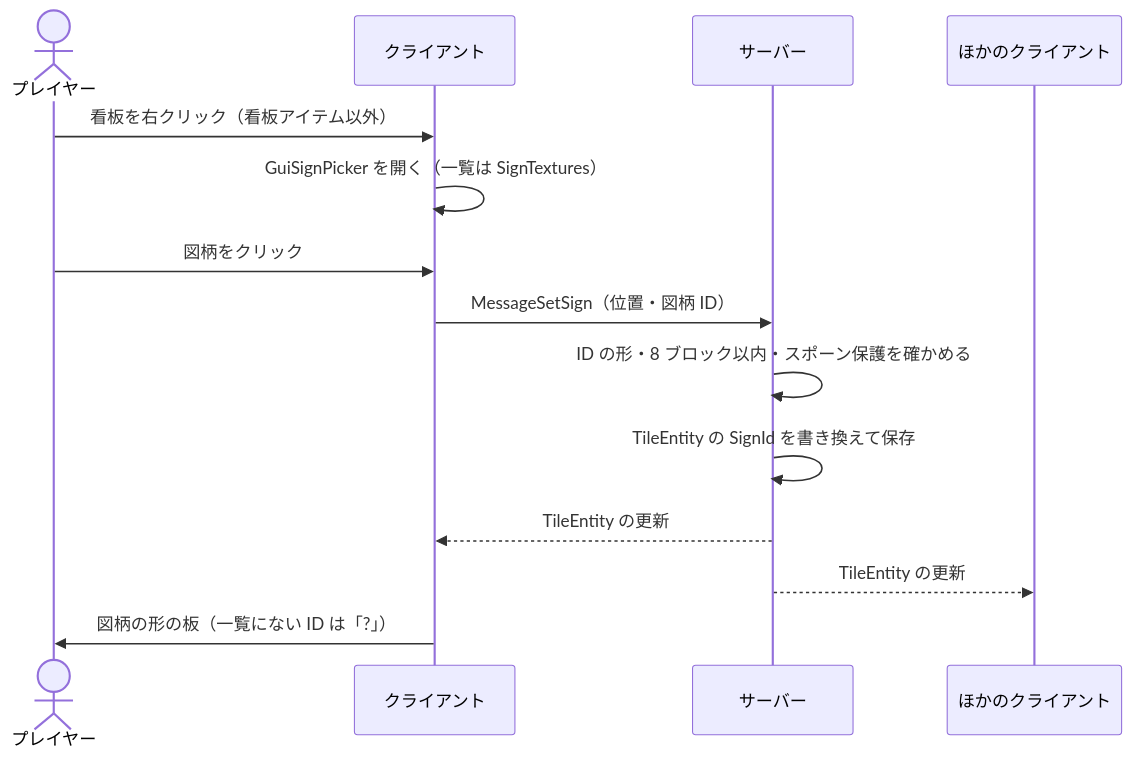
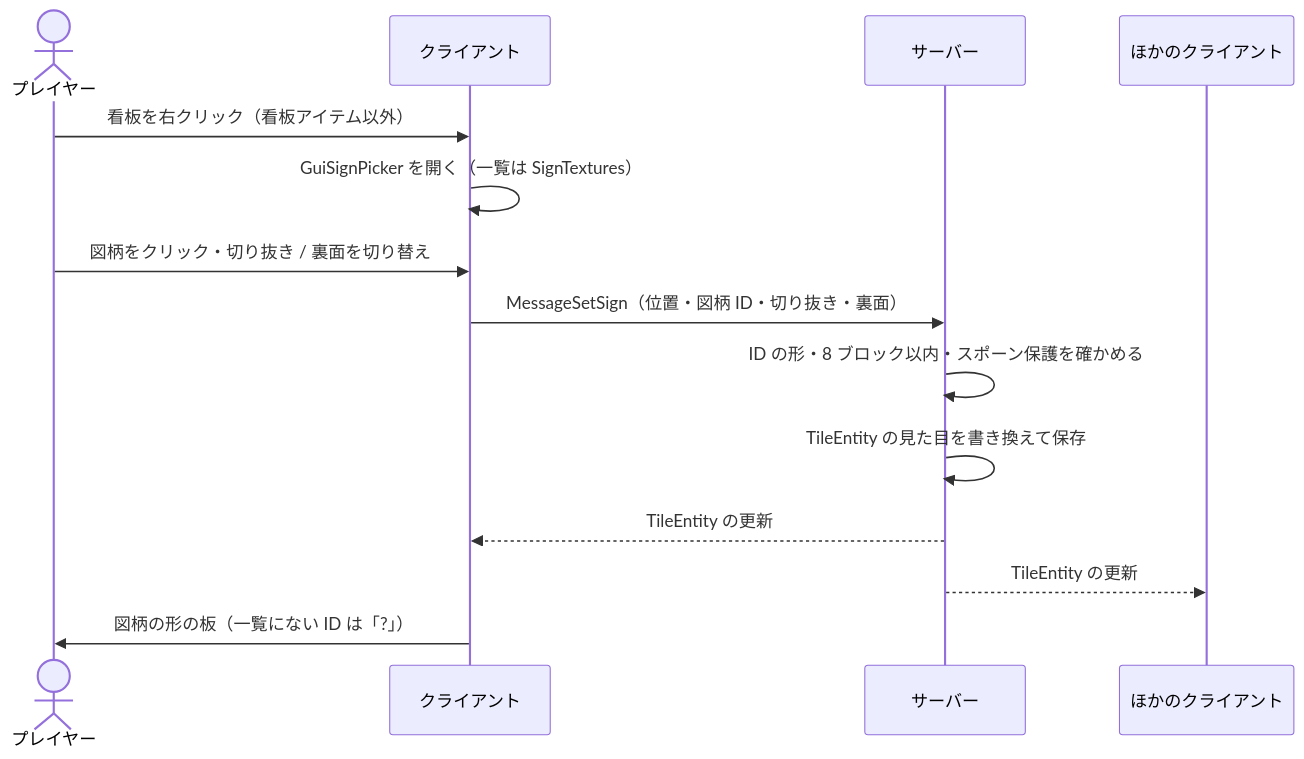
One commit to zeusisgood/safetysigns changed the second of 2 diagrams in doc/architecture.md. Above: the diagram before and after it, drawn with Mermaid. The commit also changed other lines of this file and 21 other files, not shown here.

````diff
--- a/doc/architecture.md
+++ b/doc/architecture.md
@@ -79,16 +79,16 @@
 ```mermaid
 sequenceDiagram
     actor P as プレイヤー
     participant C as クライアント
     participant S as サーバー
     participant O as ほかのクライアント
     P->>C: 看板を右クリック（看板アイテム以外）
     C->>C: GuiSignPicker を開く（一覧は SignTextures）
-    P->>C: 図柄をクリック
-    C->>S: MessageSetSign（位置・図柄 ID）
+    P->>C: 図柄をクリック・切り抜き / 裏面を切り替え
+    C->>S: MessageSetSign（位置・図柄 ID・切り抜き・裏面）
     S->>S: ID の形・8 ブロック以内・スポーン保護を確かめる
-    S->>S: TileEntity の SignId を書き換えて保存
+    S->>S: TileEntity の見た目を書き換えて保存
     S-->>C: TileEntity の更新
     S-->>O: TileEntity の更新
     C->>P: 図柄の形の板（一覧にない ID は「?」）
 ```
````
